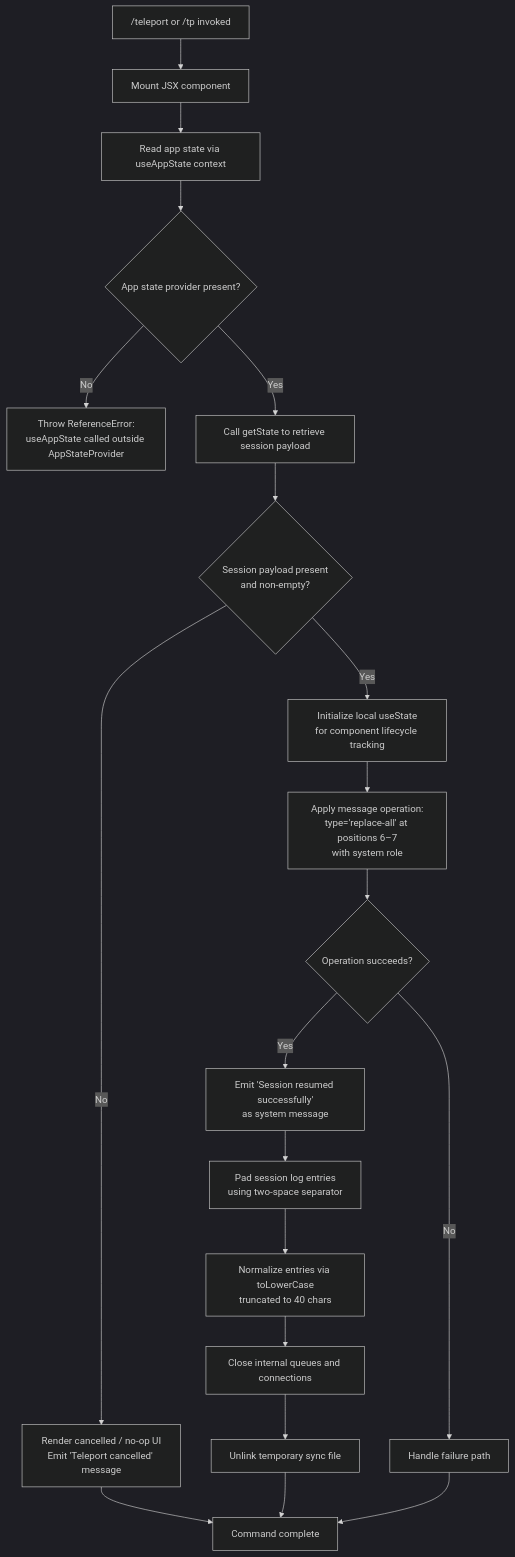
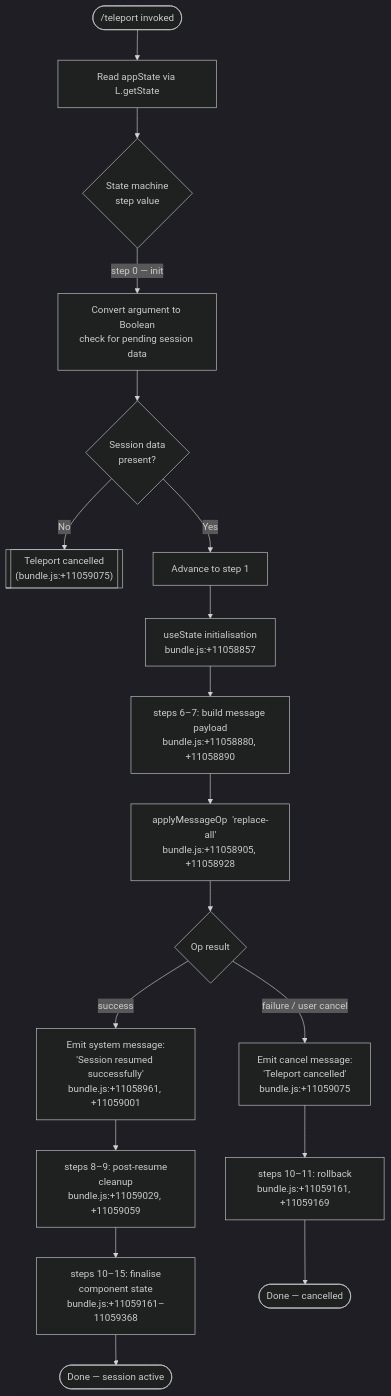
The diagram in versions/v2.1.133/teleport.md (MyLittleLuckyDog/cc-gnothi), drawn with Mermaid (dark theme) before and after one commit. The commit also changed other lines of this file and 95 other files, not shown here.

````diff
--- a/versions/v2.1.133/teleport.md
+++ b/versions/v2.1.133/teleport.md
@@ -46,22 +55,25 @@
 ```mermaid
 flowchart TD
-    A["/teleport or /tp invoked"] --> B[Mount JSX component]
-    B --> C[Read app state via useAppState context]
-    C --> D{App state provider present?}
-    D -- No --> E[Throw ReferenceError:\nuseAppState called outside AppStateProvider]
-    D -- Yes --> F[Call getState to retrieve session payload]
-    F --> G{Session payload present\nand non-empty?}
-    G -- No --> H[Render cancelled / no-op UI\nEmit 'Teleport cancelled' message]
-    G -- Yes --> I[Initialize local useState\nfor component lifecycle tracking]
-    I --> J[Apply message operation:\ntype='replace-all' at positions 6–7\nwith system role]
-    J --> K{Operation succeeds?}
-    K -- Yes --> L[Emit 'Session resumed successfully'\nas system message]
-    K -- No --> M[Handle failure path]
-    L --> N[Pad session log entries\nusing two-space separator]
-    N --> O[Normalize entries via toLowerCase\ntruncated to 40 chars]
-    O --> P[Close internal queues and connections]
-    P --> Q[Unlink temporary sync file]
-    Q --> R[Command complete]
-    H --> R
-    M --> R
+    A(["/teleport invoked"]) --> B[Read appState via L.getState]
+    B --> C{State machine\nstep value}
+
+    C -->|step 0 — init| D[Convert argument to Boolean\ncheck for pending session data]
+    D --> E{Session data\npresent?}
+    E -->|No| F[["Teleport cancelled\n(bundle.js:+11059075)"]]
+    E -->|Yes| G[Advance to step 1]
+
+    G --> H[useState initialisation\nbundle.js:+11058857]
+    H --> I[steps 6–7: build message payload\nbundle.js:+11058880, +11058890]
+
+    I --> J["applyMessageOp  'replace-all'\nbundle.js:+11058905, +11058928"]
+    J --> K{Op result}
+
+    K -->|success| L["Emit system message:\n'Session resumed successfully'\nbundle.js:+11058961, +11059001"]
+    L --> M[steps 8–9: post-resume\ncleanup\nbundle.js:+11059029, +11059059]
+    M --> N[steps 10–15: finalise\ncomponent state\nbundle.js:+11059161–11059368]
+    N --> O([Done — session active])
+
+    K -->|failure / user cancel| P["Emit cancel message:\n'Teleport cancelled'\nbundle.js:+11059075"]
+    P --> Q[steps 10–11: rollback\nbundle.js:+11059161, +11059169]
+    Q --> R([Done — cancelled])
 ```
````
